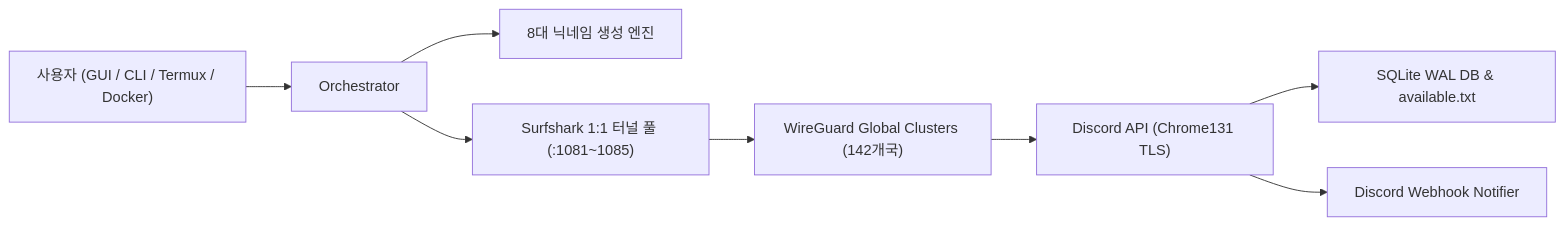
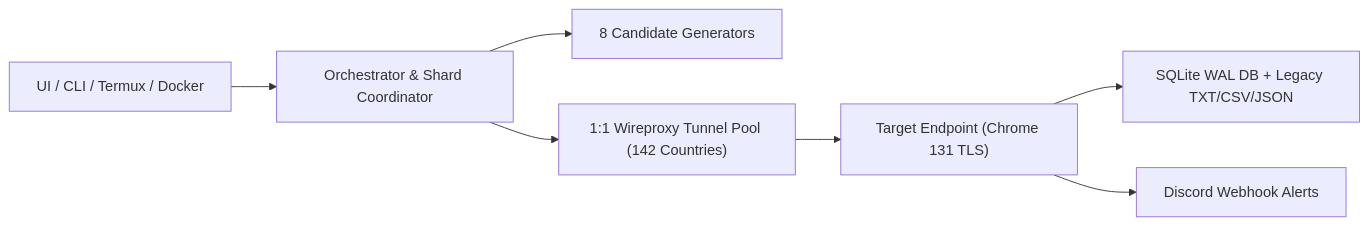
One commit to KRCUPRO/discord-checker changed the diagram in README.md. Above: the diagram before and after it, drawn with Mermaid. The commit also changed other lines of this file and 48 other files, not shown here.

````diff
--- a/README.md
+++ b/README.md
@@ -120,10 +79,9 @@
 ```mermaid
 graph LR
-    User["사용자 (GUI / CLI / Termux / Docker)"] --> Orch["Orchestrator"]
-    Orch --> Gen["8대 닉네임 생성 엔진"]
-    Orch --> TunnelPool["Surfshark 1:1 터널 풀 (:1081~1085)"]
-    TunnelPool --> WireGuard["WireGuard Global Clusters (142개국)"]
-    WireGuard --> Target["Discord API (Chrome131 TLS)"]
-    Target --> Storage["SQLite WAL DB & available.txt"]
-    Target --> Webhook["Discord Webhook Notifier"]
+    User["UI / CLI / Termux / Docker"] --> Orch["Orchestrator & Shard Coordinator"]
+    Orch --> Gen["8 Candidate Generators"]
+    Orch --> Pool["1:1 Wireproxy Tunnel Pool (142 Countries)"]
+    Pool --> API["Target Endpoint (Chrome 131 TLS)"]
+    API --> Store["SQLite WAL DB + Legacy TXT/CSV/JSON"]
+    API --> Hook["Discord Webhook Alerts"]
 ```
````
